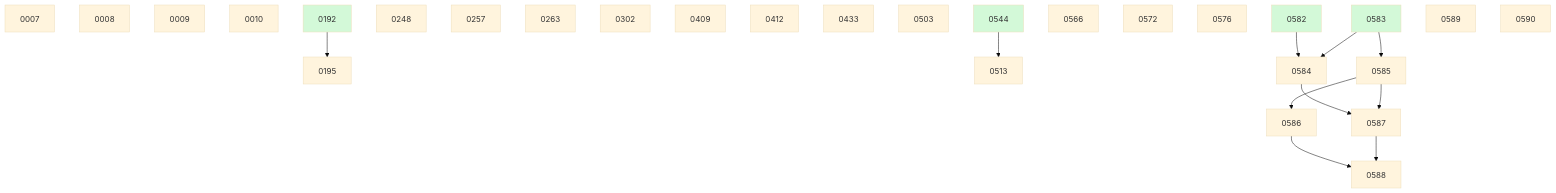
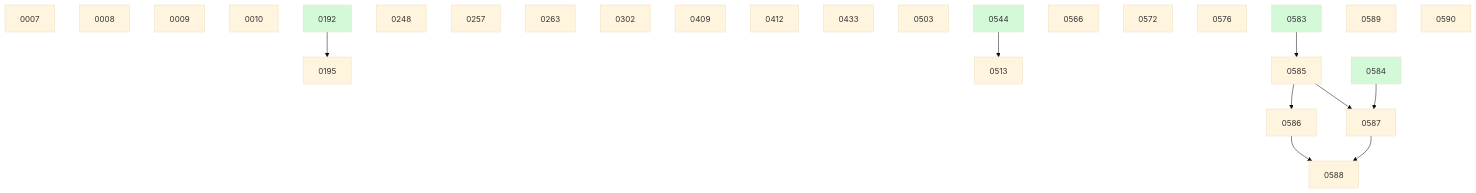
The diagram in docs/changes/BOARD.md (danielhanold/docket), drawn with Mermaid (base theme) before and after one commit. The commit also changed other lines of this file and 4 other files, not shown here.

````diff
--- a/docs/changes/BOARD.md
+++ b/docs/changes/BOARD.md
@@ -44,35 +38,33 @@
 ```mermaid
 graph TD
   0007
   0008
   0009
   0010
   0192 --> 0195
   0248
   0257
   0263
   0302
   0409
   0412
   0433
   0503
   0544 --> 0513
   0566
   0572
   0576
-  0582 --> 0584
-  0583 --> 0584
   0583 --> 0585
   0585 --> 0586
   0584 --> 0587
   0585 --> 0587
   0586 --> 0588
   0587 --> 0588
   0589
   0590
   0192:::done
   0544:::done
-  0582:::done
   0583:::done
+  0584:::done
   classDef done fill:#d3f9d8;
 ```
````
